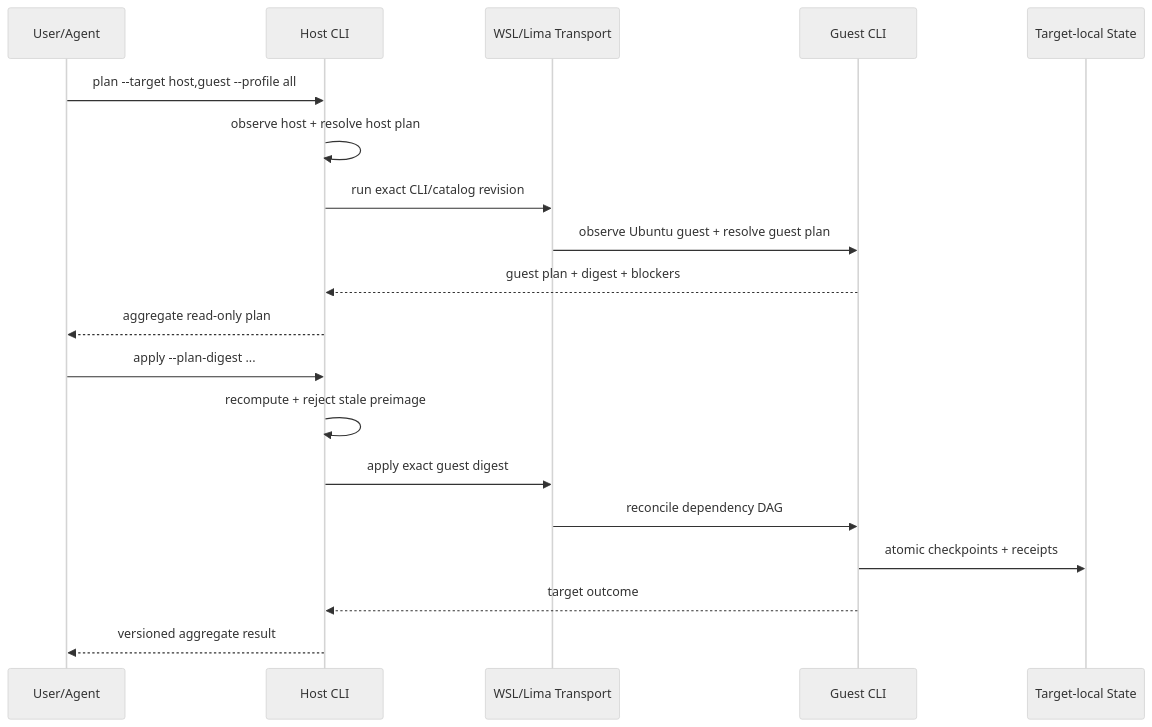
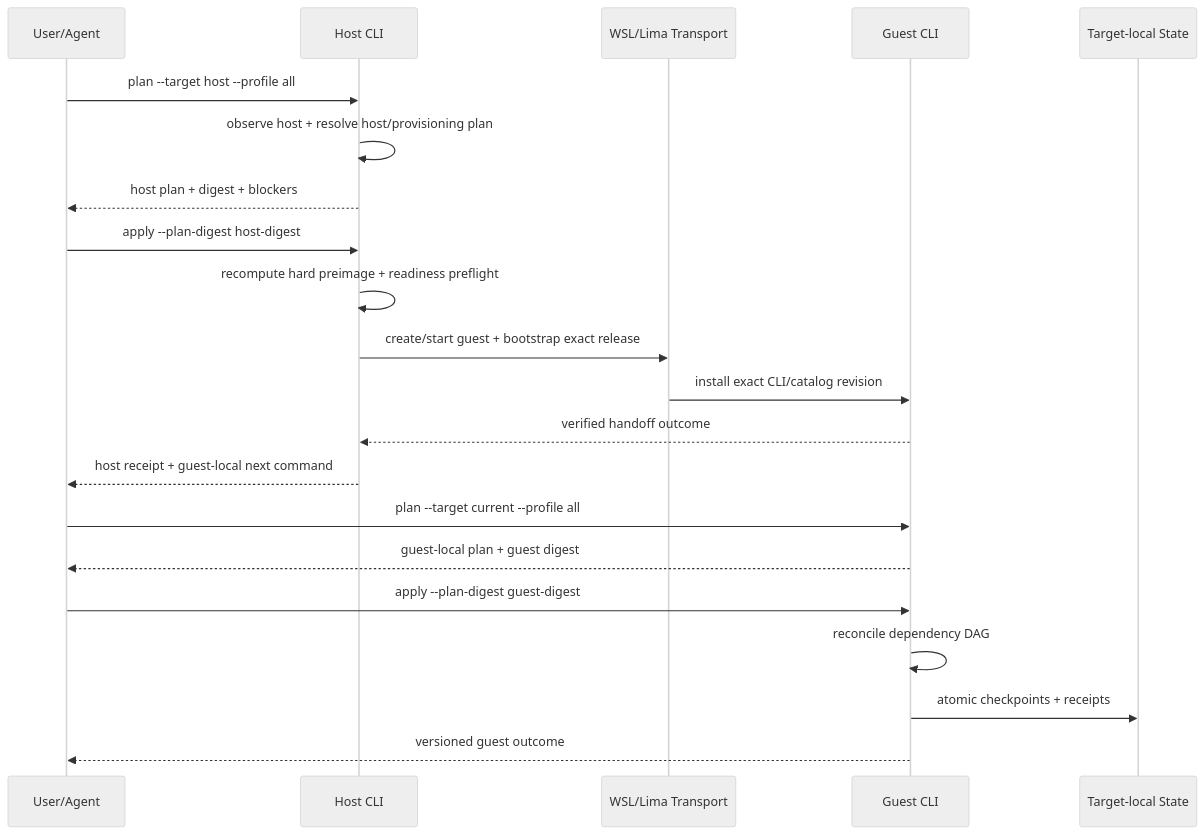
One commit to zzanghyunmoo/Workspaces changed the second of 3 diagrams in docs/plans/2026-07-29-ZZA-100-my-desk-setup-plan.md. Above: the diagram before and after it, drawn with Mermaid (neutral theme). The commit also changed other lines of this file and 3 other files, not shown here.

````diff
--- a/docs/plans/2026-07-29-ZZA-100-my-desk-setup-plan.md
+++ b/docs/plans/2026-07-29-ZZA-100-my-desk-setup-plan.md
@@ -303,22 +327,24 @@
 ```mermaid
 sequenceDiagram
   participant U as User/Agent
   participant H as Host CLI
   participant T as WSL/Lima Transport
   participant G as Guest CLI
   participant S as Target-local State
 
-  U->>H: plan --target host,guest --profile all
-  H->>H: observe host + resolve host plan
-  H->>T: run exact CLI/catalog revision
-  T->>G: observe Ubuntu guest + resolve guest plan
-  G-->>H: guest plan + digest + blockers
-  H-->>U: aggregate read-only plan
-  U->>H: apply --plan-digest ...
-  H->>H: recompute + reject stale preimage
-  H->>T: apply exact guest digest
-  T->>G: reconcile dependency DAG
+  U->>H: plan --target host --profile all
+  H->>H: observe host + resolve host/provisioning plan
+  H-->>U: host plan + digest + blockers
+  U->>H: apply --plan-digest host-digest
+  H->>H: recompute hard preimage + readiness preflight
+  H->>T: create/start guest + bootstrap exact release
+  T->>G: install exact CLI/catalog revision
+  G-->>H: verified handoff outcome
+  H-->>U: host receipt + guest-local next command
+  U->>G: plan --target current --profile all
+  G-->>U: guest-local plan + guest digest
+  U->>G: apply --plan-digest guest-digest
+  G->>G: reconcile dependency DAG
   G->>S: atomic checkpoints + receipts
-  G-->>H: target outcome
-  H-->>U: versioned aggregate result
+  G-->>U: versioned guest outcome
 ```
````
